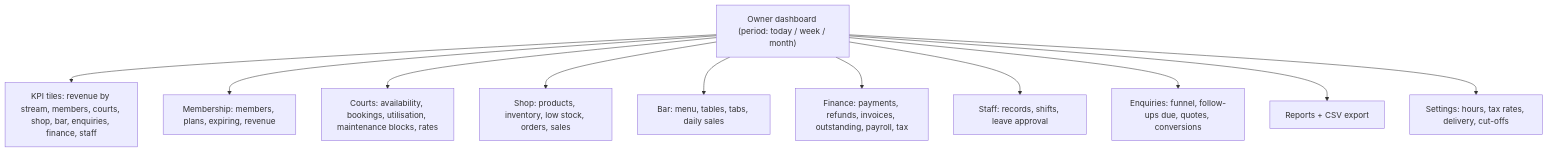
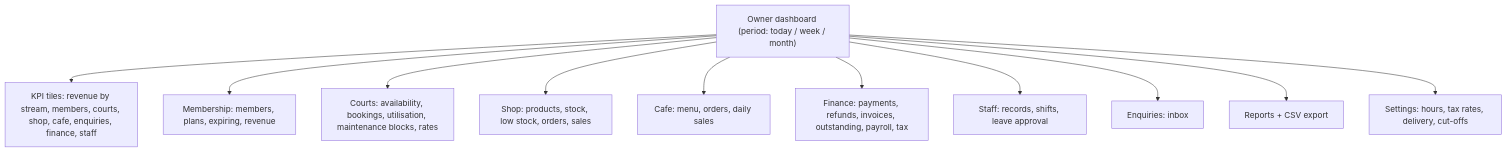
Before and after one commit to OjasPurohit/Meridian-Bay: diagram 16 of 18 in docs/workflows/USER_FLOWS.md, drawn with Mermaid. The commit also changed other lines of this file and 276 other files, not shown here.

````diff
--- a/docs/workflows/USER_FLOWS.md
+++ b/docs/workflows/USER_FLOWS.md
@@ -377,13 +291,13 @@
 ```mermaid
 flowchart TB
-  O["Owner dashboard (period: today / week / month)"] --> K["KPI tiles: revenue by stream, members, courts, shop, bar, enquiries, finance, staff"]
+  O["Owner dashboard (period: today / week / month)"] --> K["KPI tiles: revenue by stream, members, courts, shop, cafe, enquiries, finance, staff"]
   O --> A1["Membership: members, plans, expiring, revenue"]
   O --> A2["Courts: availability, bookings, utilisation, maintenance blocks, rates"]
-  O --> A3["Shop: products, inventory, low stock, orders, sales"]
-  O --> A4["Bar: menu, tables, tabs, daily sales"]
+  O --> A3["Shop: products, stock, low stock, orders, sales"]
+  O --> A4["Cafe: menu, orders, daily sales"]
   O --> A5["Finance: payments, refunds, invoices, outstanding, payroll, tax"]
   O --> A6["Staff: records, shifts, leave approval"]
-  O --> A7["Enquiries: funnel, follow-ups due, quotes, conversions"]
+  O --> A7["Enquiries: inbox"]
   O --> A8["Reports + CSV export"]
   O --> A9["Settings: hours, tax rates, delivery, cut-offs"]
 ```
````
